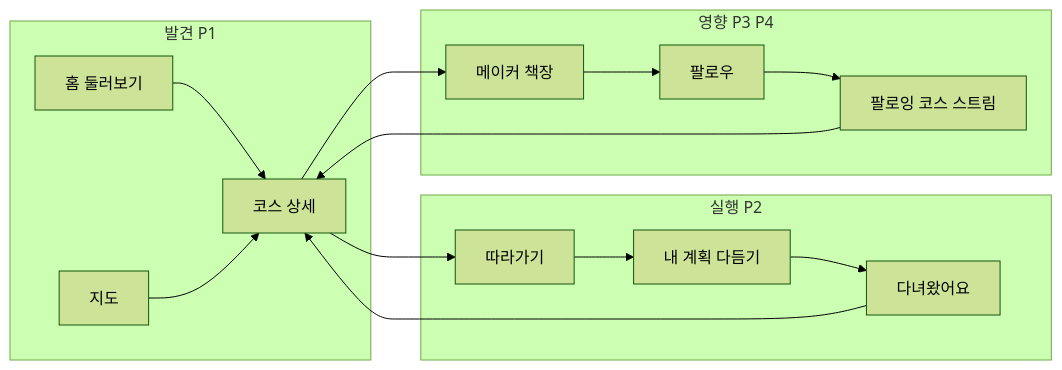
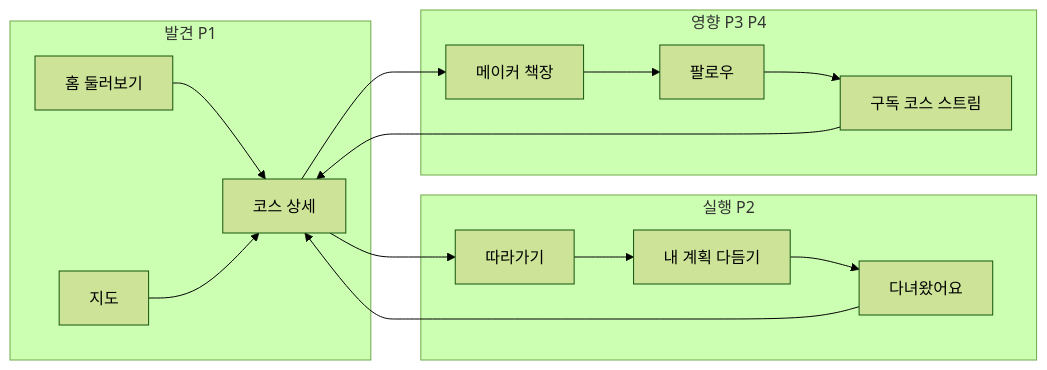
The first of 4 diagrams in docs/COURSE-UX-DESIGN.md (pentanike-UX/course-sns), drawn with Mermaid (forest theme) before and after one commit. The commit also changed other lines of this file and 9 other files, not shown here.

````diff
--- a/docs/COURSE-UX-DESIGN.md
+++ b/docs/COURSE-UX-DESIGN.md
@@ -110,28 +109,28 @@
 ```mermaid
 flowchart LR
   subgraph discover [발견 P1]
     Home[홈 둘러보기]
     Map[지도]
     Detail[코스 상세]
   end
   subgraph act [실행 P2]
     Copy[따라가기]
     Plan[내 계획 다듬기]
     Done[다녀왔어요]
   end
   subgraph influence [영향 P3 P4]
     Book[메이커 책장]
     Follow[팔로우]
-    Stream[팔로잉 코스 스트림]
+    Stream[구독 코스 스트림]
   end
   Home --> Detail
   Map --> Detail
   Detail --> Copy
   Copy --> Plan
   Plan --> Done
   Detail --> Book
   Book --> Follow
   Follow --> Stream
   Stream --> Detail
   Done --> Detail
 ```
````
